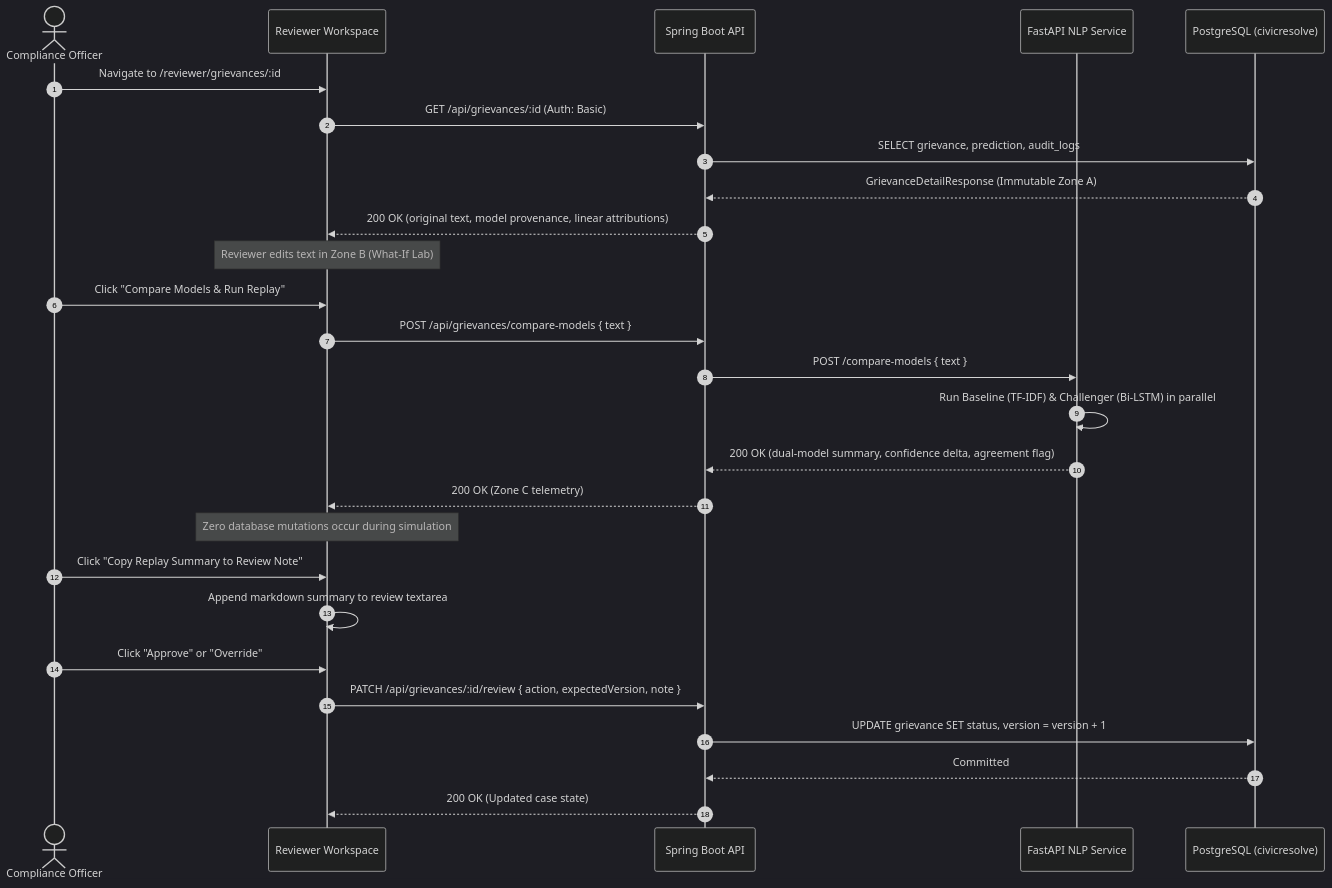
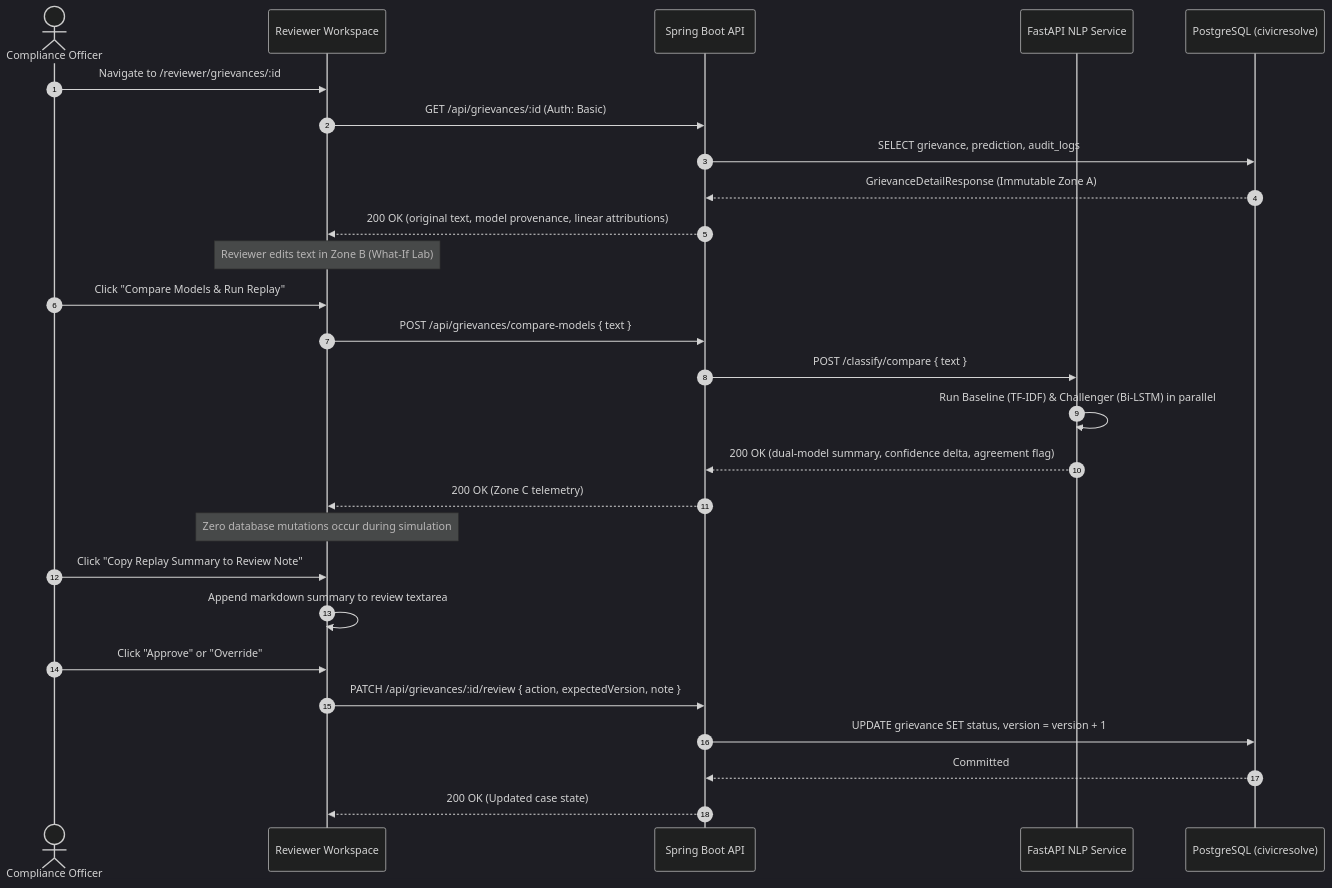
One commit to Gaurav-Ojha65/CivicResolveAI changed the third of 3 diagrams in docs/ARCHITECTURE.md. Above: the diagram before and after it, drawn with Mermaid (dark theme). The commit also changed other lines of this file and 31 other files, not shown here.

````diff
--- a/docs/ARCHITECTURE.md
+++ b/docs/ARCHITECTURE.md
@@ -145,32 +145,32 @@
 ```mermaid
 sequenceDiagram
     autonumber
     actor Reviewer as Compliance Officer
     participant Frontend as Reviewer Workspace
     participant Backend as Spring Boot API
     participant NLP as FastAPI NLP Service
     participant DB as PostgreSQL (civicresolve)
 
     Reviewer->>Frontend: Navigate to /reviewer/grievances/:id
     Frontend->>Backend: GET /api/grievances/:id (Auth: Basic)
     Backend->>DB: SELECT grievance, prediction, audit_logs
     DB-->>Backend: GrievanceDetailResponse (Immutable Zone A)
     Backend-->>Frontend: 200 OK (original text, model provenance, linear attributions)
 
     Note over Frontend: Reviewer edits text in Zone B (What-If Lab)
     Reviewer->>Frontend: Click "Compare Models & Run Replay"
     Frontend->>Backend: POST /api/grievances/compare-models { text }
-    Backend->>NLP: POST /compare-models { text }
+    Backend->>NLP: POST /classify/compare { text }
     NLP->>NLP: Run Baseline (TF-IDF) & Challenger (Bi-LSTM) in parallel
     NLP-->>Backend: 200 OK (dual-model summary, confidence delta, agreement flag)
     Backend-->>Frontend: 200 OK (Zone C telemetry)
 
     Note over Frontend: Zero database mutations occur during simulation
     Reviewer->>Frontend: Click "Copy Replay Summary to Review Note"
     Frontend->>Frontend: Append markdown summary to review textarea
     Reviewer->>Frontend: Click "Approve" or "Override"
     Frontend->>Backend: PATCH /api/grievances/:id/review { action, expectedVersion, note }
     Backend->>DB: UPDATE grievance SET status, version = version + 1
     DB-->>Backend: Committed
     Backend-->>Frontend: 200 OK (Updated case state)
 ```
````
